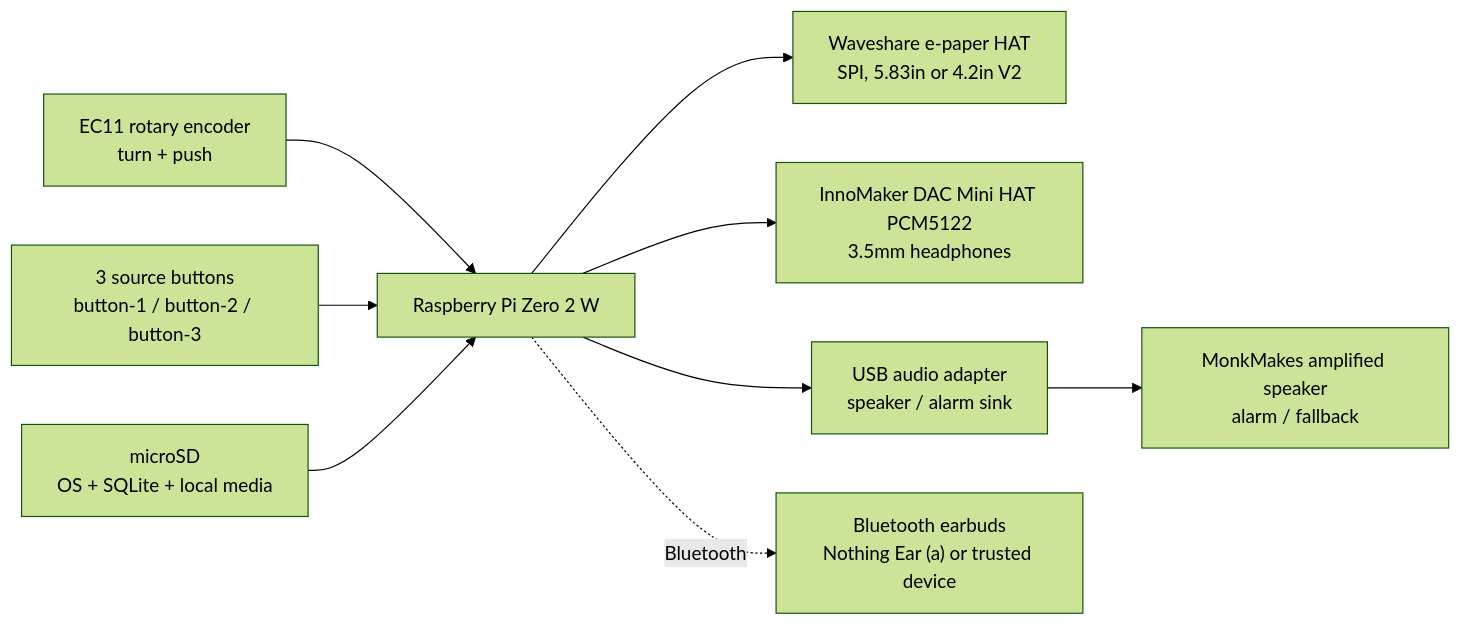
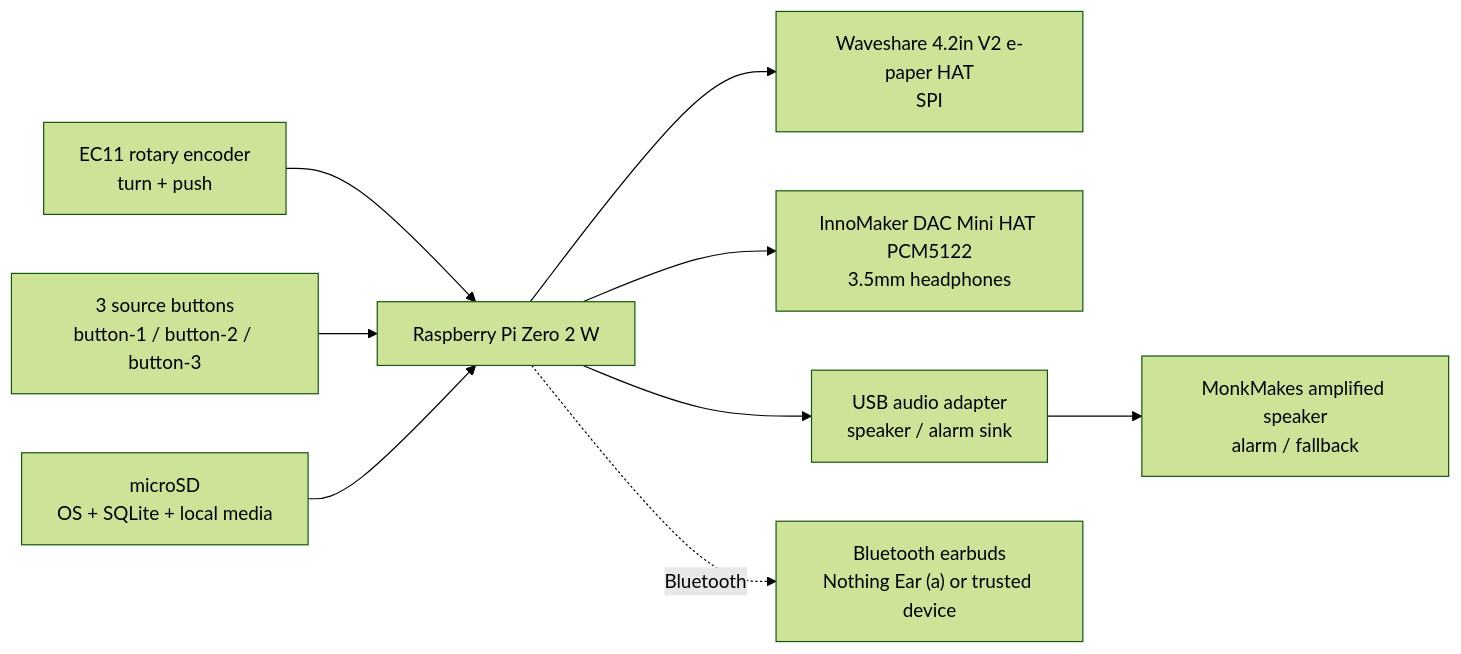
One commit to benzavadil-svg/nightstand_audio changed the diagram in docs/pi-bringup.md. Above: the diagram before and after it, drawn with Mermaid (forest theme). The commit also changed other lines of this file and 19 other files, not shown here.

````diff
--- a/docs/pi-bringup.md
+++ b/docs/pi-bringup.md
@@ -63,21 +63,21 @@
 ```mermaid
 flowchart LR
   Pi["Raspberry Pi Zero 2 W"]
-  EPD["Waveshare e-paper HAT\nSPI, 5.83in or 4.2in V2"]
+  EPD["Waveshare 4.2in V2 e-paper HAT\nSPI"]
   DAC["InnoMaker DAC Mini HAT PCM5122\n3.5mm headphones"]
   USB["USB audio adapter\nspeaker / alarm sink"]
   SPK["MonkMakes amplified speaker\nalarm / fallback"]
   BT["Bluetooth earbuds\nNothing Ear (a) or trusted device"]
   ENC["EC11 rotary encoder\nturn + push"]
   BTN["3 source buttons\nbutton-1 / button-2 / button-3"]
   SD["microSD\nOS + SQLite + local media"]
 
   Pi --> EPD
   Pi --> DAC
   Pi --> USB
   USB --> SPK
   Pi -. Bluetooth .-> BT
   ENC --> Pi
   BTN --> Pi
   SD --> Pi
 ```
````
